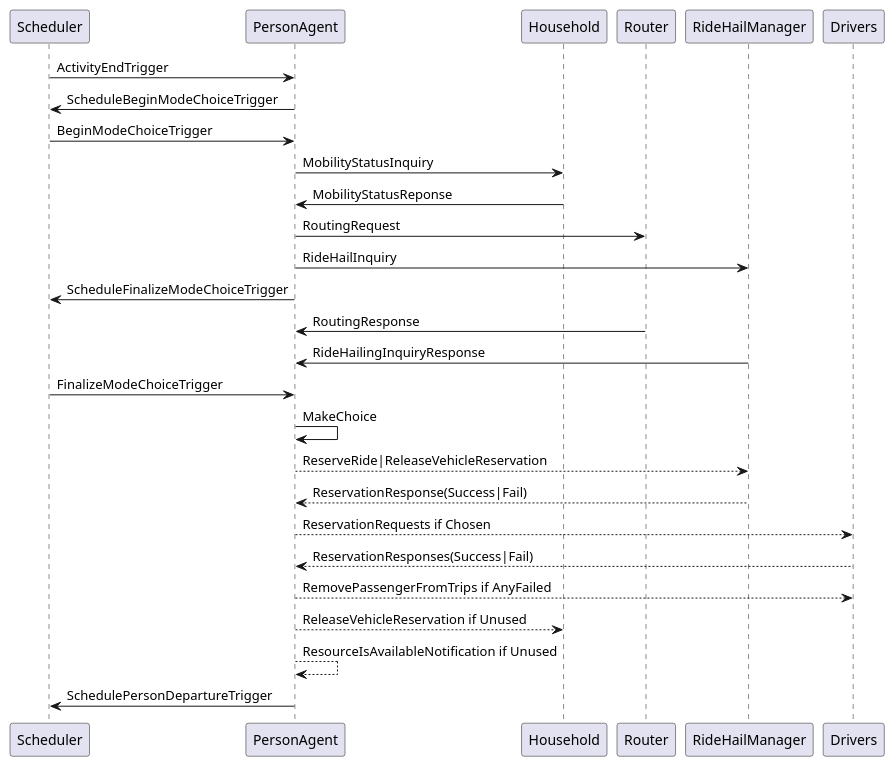
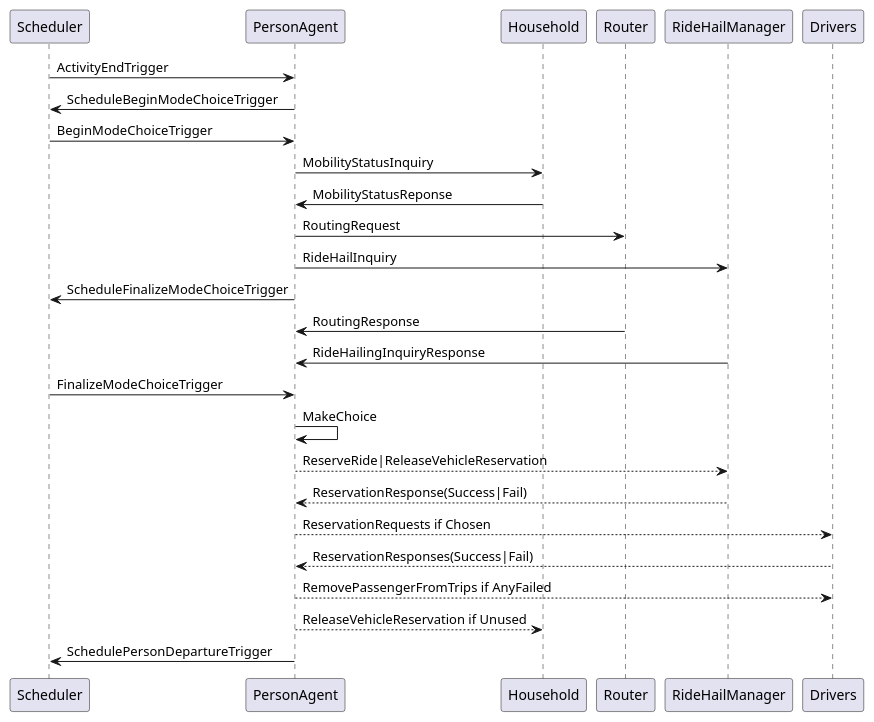
The diagram in docs/uml/ProtocolChoosesMode.puml (LBNL-UCB-STI/beam), drawn with PlantUML before and after one commit.

Commit message:
remove unneeded

```diff
--- a/docs/uml/ProtocolChoosesMode.puml
+++ b/docs/uml/ProtocolChoosesMode.puml
@@ -1,22 +1,21 @@
 @startuml
 Scheduler -> PersonAgent: ActivityEndTrigger
 PersonAgent -> Scheduler: ScheduleBeginModeChoiceTrigger
 Scheduler -> PersonAgent: BeginModeChoiceTrigger
 PersonAgent -> Household: MobilityStatusInquiry
 Household -> PersonAgent: MobilityStatusReponse
 PersonAgent -> Router: RoutingRequest
 PersonAgent -> RideHailManager: RideHailInquiry
 PersonAgent -> Scheduler: ScheduleFinalizeModeChoiceTrigger
 Router -> PersonAgent: RoutingResponse
 RideHailManager -> PersonAgent: RideHailingInquiryResponse
 Scheduler -> PersonAgent: FinalizeModeChoiceTrigger
 PersonAgent -> PersonAgent: MakeChoice
 PersonAgent --> RideHailManager: ReserveRide|ReleaseVehicleReservation
 RideHailManager --> PersonAgent: ReservationResponse(Success|Fail)
 PersonAgent --> Drivers: ReservationRequests if Chosen
 Drivers --> PersonAgent: ReservationResponses(Success|Fail)
 PersonAgent --> Drivers: RemovePassengerFromTrips if AnyFailed
 PersonAgent --> Household: ReleaseVehicleReservation if Unused
-PersonAgent --> PersonAgent: ResourceIsAvailableNotification if Unused
 PersonAgent -> Scheduler: SchedulePersonDepartureTrigger
 @enduml
```
